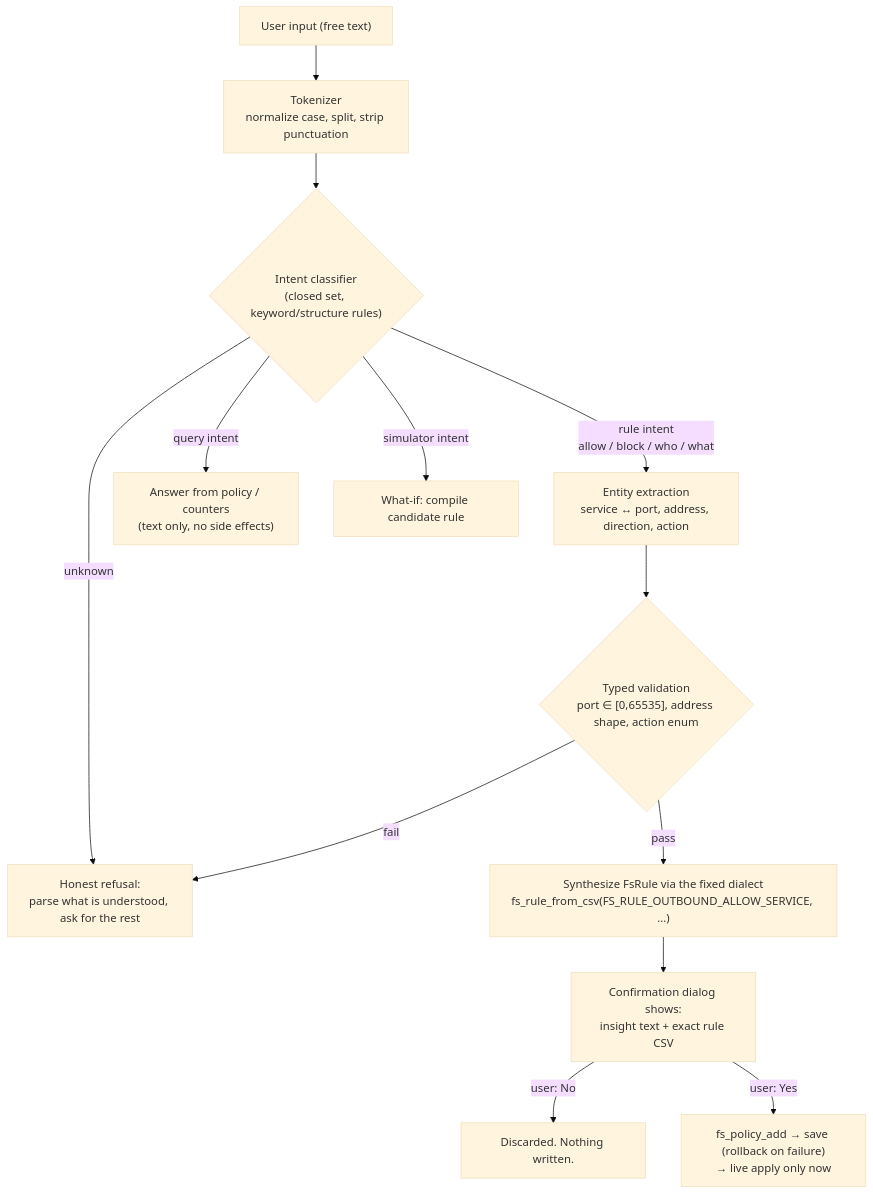
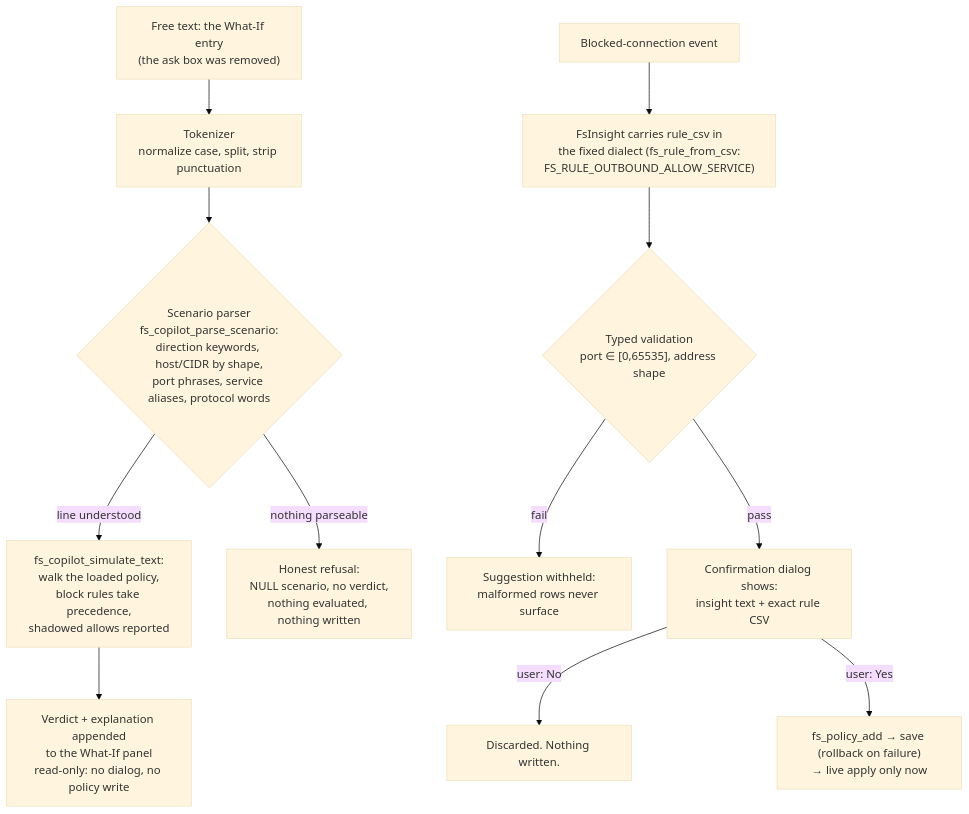
Before and after one commit to Cazo-Net/StockFW: the sixth of 8 diagrams in docs/ARCHITECTURE-AND-SECURITY.md, drawn with Mermaid (base theme). The commit also changed other lines of this file and 19 other files, not shown here.

````diff
--- a/docs/ARCHITECTURE-AND-SECURITY.md
+++ b/docs/ARCHITECTURE-AND-SECURITY.md
@@ -364,15 +366,15 @@
 ```mermaid
 flowchart TD
-    IN["User input (free text)"] --> TOK["Tokenizer<br/>normalize case, split, strip punctuation"]
-    TOK --> CLS{"Intent classifier<br/>(closed set, keyword/structure rules)"}
-    CLS -->|"rule intent<br/>allow / block / who / what"| ENT["Entity extraction<br/>service ↔ port, address, direction, action"]
-    CLS -->|"query intent"| Q["Answer from policy / counters<br/>(text only, no side effects)"]
-    CLS -->|"simulator intent"| SIM["What-if: compile candidate rule"]
-    CLS -->|"unknown"| REP["Honest refusal:<br/>parse what is understood, ask for the rest"]
-    ENT --> V{"Typed validation<br/>port ∈ [0,65535], address shape, action enum"}
-    V -->|fail| REP
-    V -->|pass| GEN["Synthesize FsRule via the fixed dialect<br/>fs_rule_from_csv(FS_RULE_OUTBOUND_ALLOW_SERVICE, …)"]
-    GEN --> DLG["Confirmation dialog shows:<br/>insight text + exact rule CSV"]
+    IN["Free text: the What-If entry<br/>(the ask box was removed)"] --> TOK["Tokenizer<br/>normalize case, split, strip punctuation"]
+    TOK --> SC{"Scenario parser<br/>fs_copilot_parse_scenario:<br/>direction keywords, host/CIDR by shape,<br/>port phrases, service aliases, protocol words"}
+    SC -->|"line understood"| SIM["fs_copilot_simulate_text:<br/>walk the loaded policy,<br/>block rules take precedence,<br/>shadowed allows reported"]
+    SC -->|"nothing parseable"| REP["Honest refusal:<br/>NULL scenario, no verdict,<br/>nothing evaluated, nothing written"]
+    SIM --> OUT["Verdict + explanation appended<br/>to the What-If panel<br/>read-only: no dialog, no policy write"]
+
+    EV["Blocked-connection event"] --> INS["FsInsight carries rule_csv in<br/>the fixed dialect (fs_rule_from_csv:<br/>FS_RULE_OUTBOUND_ALLOW_SERVICE)"]
+    INS --> V{"Typed validation<br/>port ∈ [0,65535], address shape"}
+    V -->|fail| REP2["Suggestion withheld:<br/>malformed rows never surface"]
+    V -->|pass| DLG["Confirmation dialog shows:<br/>insight text + exact rule CSV"]
     DLG -->|user: No| DROP["Discarded. Nothing written."]
     DLG -->|user: Yes| ADD["fs_policy_add → save (rollback on failure)<br/>→ live apply only now"]
 ```
````
